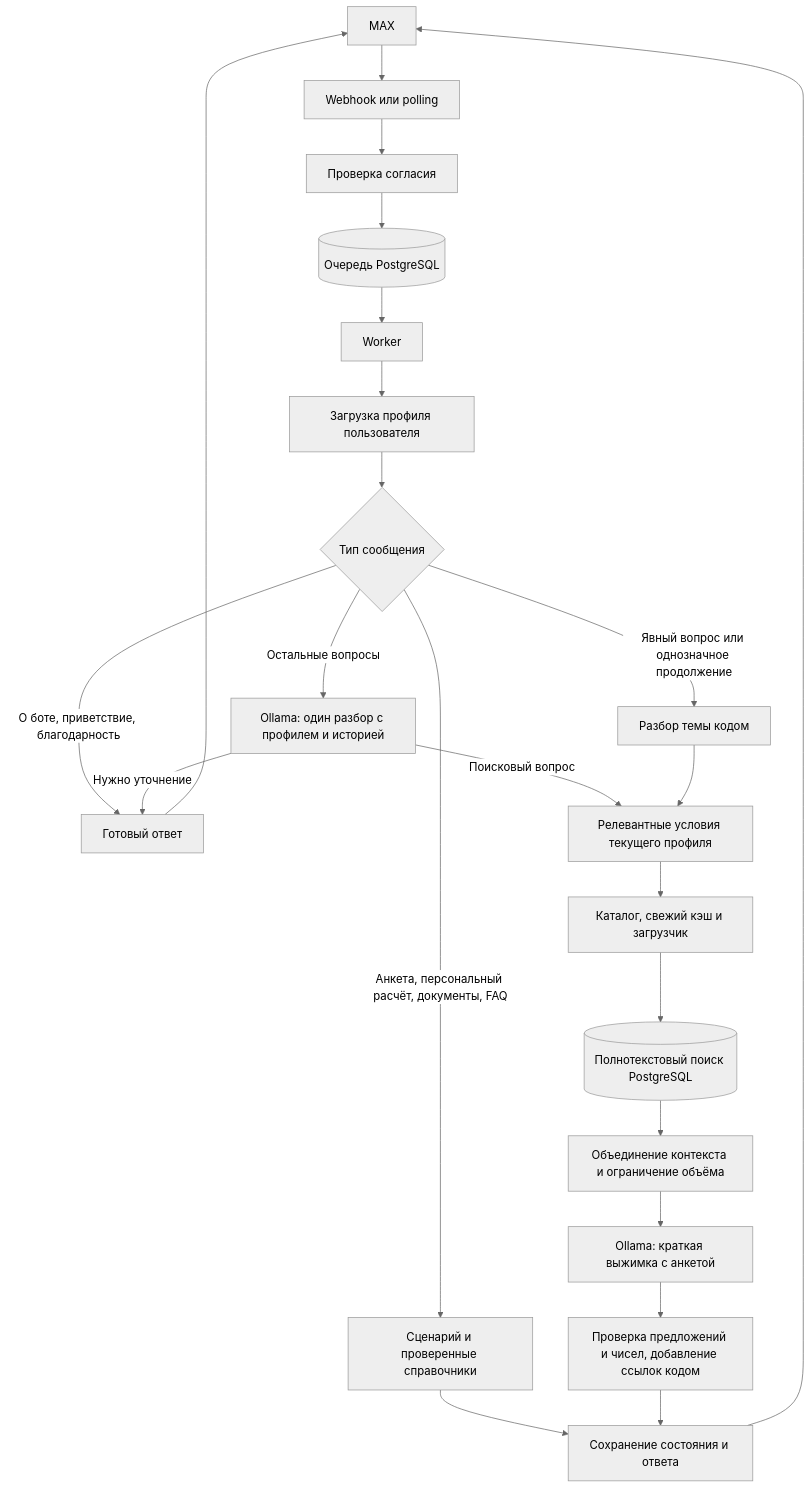
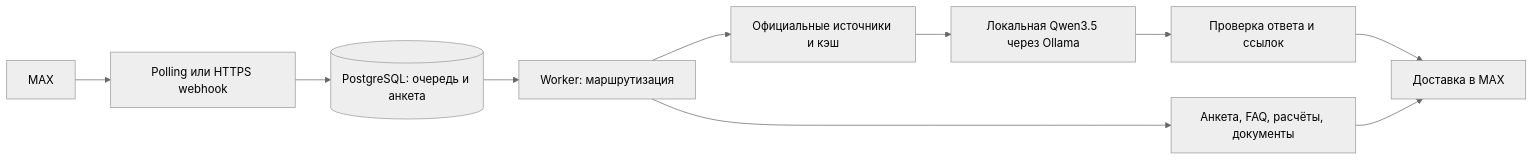
Before and after one commit to Lullabalu/hackathon-max2026: the diagram in docs/ai-search.md, drawn with Mermaid (neutral theme). The commit also changed other lines of this file and 41 other files, not shown here.

````diff
--- a/docs/ai-search.md
+++ b/docs/ai-search.md
@@ -7,25 +5,12 @@
 ```mermaid
-flowchart TD
-    MAX --> R[Webhook или polling]
-    R --> G[Проверка согласия]
-    G --> Q[(Очередь PostgreSQL)]
-    Q --> W[Worker]
-    W --> A[Загрузка профиля пользователя]
-    A --> B{Тип сообщения}
-    B -->|О боте, приветствие, благодарность| T[Готовый ответ]
-    T --> MAX
-    B -->|Анкета, персональный расчёт, документы, FAQ| J[Сценарий и проверенные справочники]
-    J --> D[Сохранение состояния и ответа]
-    D --> MAX
-    B -->|Явный вопрос или однозначное продолжение| L[Разбор темы кодом]
-    B -->|Остальные вопросы| P[Ollama: один разбор с профилем и историей]
-    P -->|Нужно уточнение| T
-    P -->|Поисковый вопрос| E[Релевантные условия текущего профиля]
-    L --> E
-    E --> C[Каталог, свежий кэш и загрузчик]
-    C --> F[(Полнотекстовый поиск PostgreSQL)]
-    F --> V[Объединение контекста и ограничение объёма]
-    V --> S[Ollama: краткая выжимка с анкетой]
-    S --> CITE[Проверка предложений и чисел, добавление ссылок кодом]
-    CITE --> D
+flowchart LR
+    MAX[MAX] --> IN[Polling или HTTPS webhook]
+    IN --> DB[(PostgreSQL: очередь и анкета)]
+    DB --> W[Worker: маршрутизация]
+    W --> LOCAL[Анкета, FAQ, расчёты, документы]
+    W --> SEARCH[Официальные источники и кэш]
+    SEARCH --> AI[Локальная Qwen3.5 через Ollama]
+    AI --> CHECK[Проверка ответа и ссылок]
+    CHECK --> SEND[Доставка в MAX]
+    LOCAL --> SEND
 ```
````
